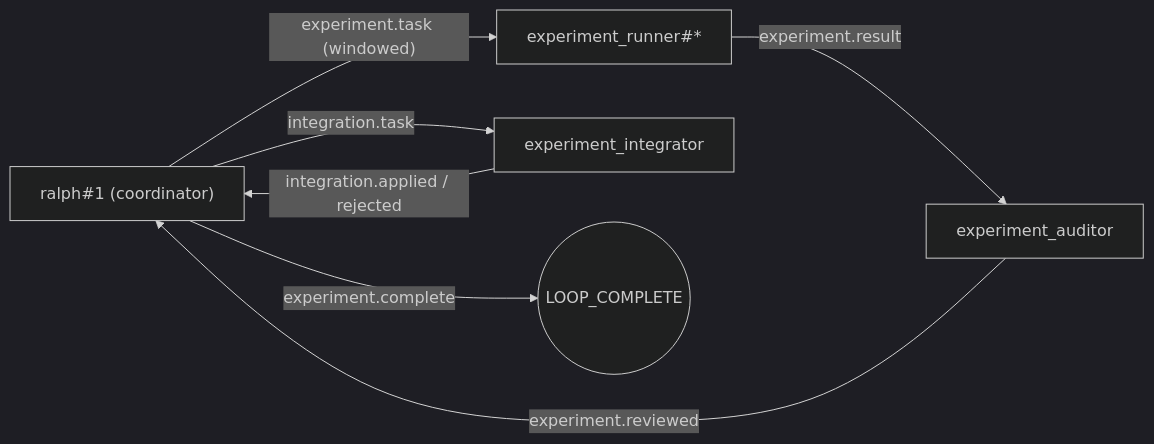
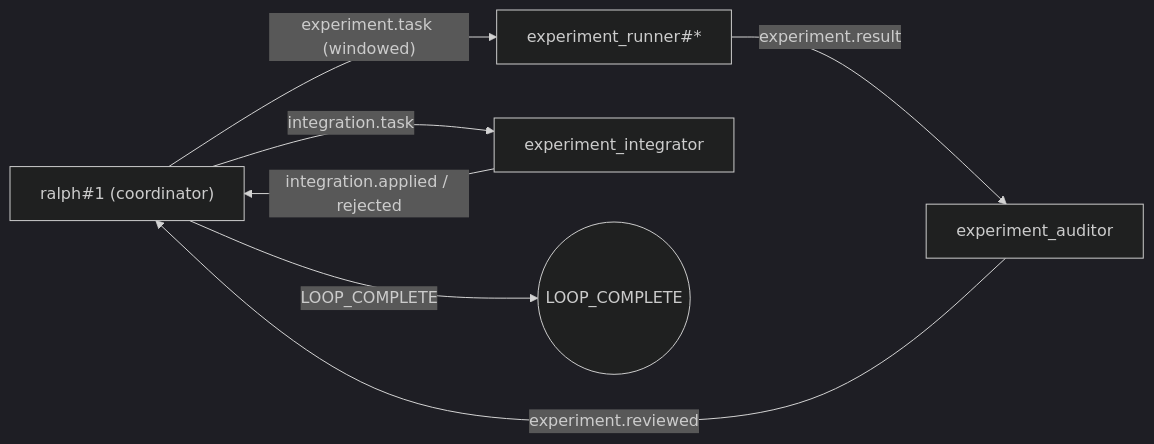
One commit to raiscui/ralph-orchestrator changed the diagram in examples/parallel-experimental-dev-engine/README.md. Above: the diagram before and after it, drawn with Mermaid (dark theme). The commit also changed other lines of this file and 30 other files, not shown here.

First line of the commit message:
feat: hats graph 全方向改为 flowchart TD

````diff
--- a/examples/parallel-experimental-dev-engine/README.md
+++ b/examples/parallel-experimental-dev-engine/README.md
@@ -20,9 +20,9 @@
 ```mermaid
 flowchart LR
   Ralph["ralph#1 (coordinator)"] -->|"experiment.task (windowed)"| Runner["experiment_runner#*"]
   Runner -->|"experiment.result"| Auditor["experiment_auditor"]
   Auditor -->|"experiment.reviewed"| Ralph
   Ralph -->|"integration.task"| Integrator["experiment_integrator"]
   Integrator -->|"integration.applied / rejected"| Ralph
-  Ralph -->|"experiment.complete"| End((LOOP_COMPLETE))
+  Ralph -->|"LOOP_COMPLETE"| End((LOOP_COMPLETE))
 ```
````
